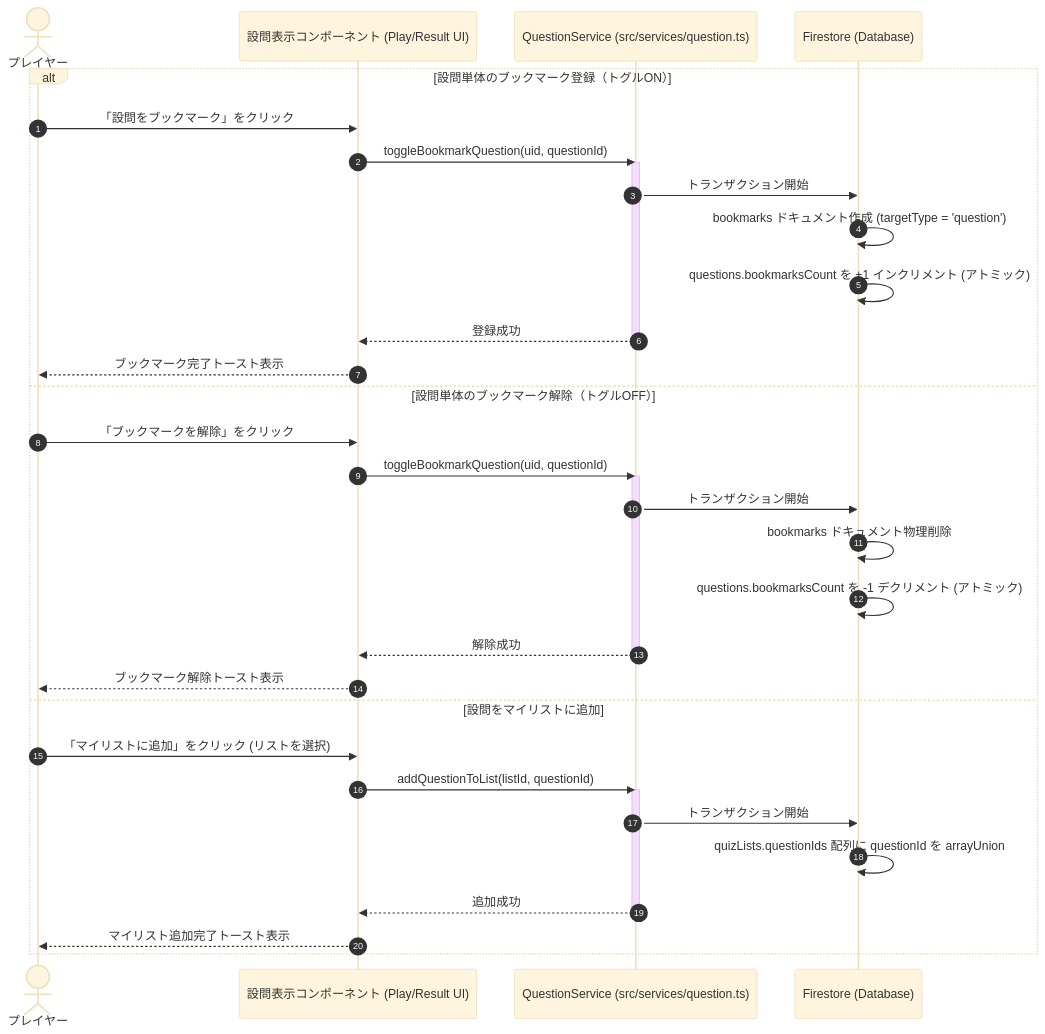
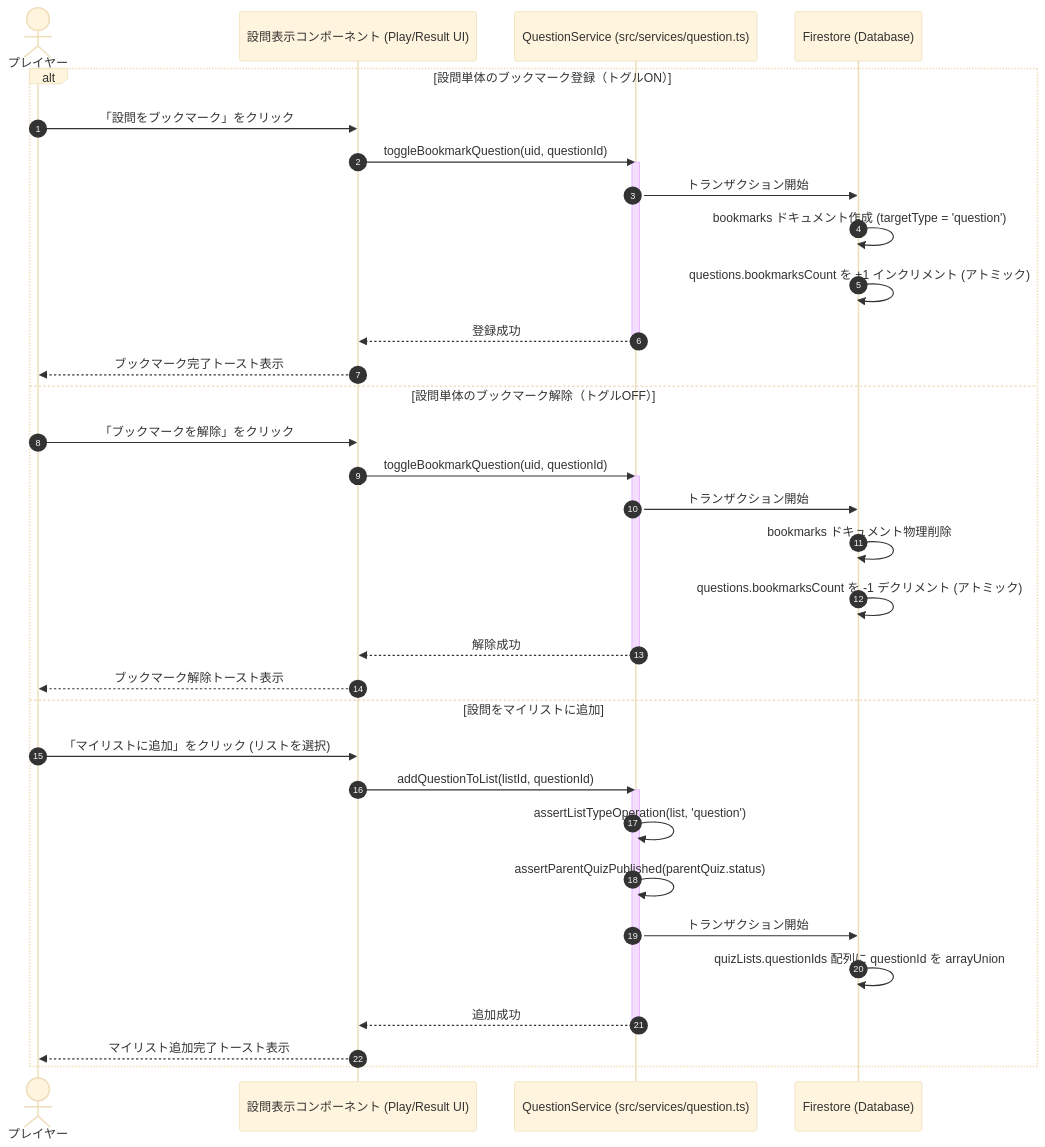
One commit to npressoworks/quizetika changed the ninth of 10 diagrams in docs/detailed_design.md. Above: the diagram before and after it, drawn with Mermaid (base theme). The commit also changed other lines of this file and 92 other files, not shown here.

First line of the commit message:
feat(phase8): implement list types, bookmarks tabs, and question-list play

````diff
--- a/docs/detailed_design.md
+++ b/docs/detailed_design.md
@@ -707,41 +707,43 @@
 ```mermaid
 sequenceDiagram
     autonumber
     actor Player as プレイヤー
     participant QP as 設問表示コンポーネント (Play/Result UI)
     participant QService as QuestionService (src/services/question.ts)
     participant DB as Firestore (Database)
 
     alt 設問単体のブックマーク登録（トグルON）
         Player->>QP: 「設問をブックマーク」をクリック
         QP->>QService: toggleBookmarkQuestion(uid, questionId)
         activate QService
         QService->>DB: トランザクション開始
         DB->>DB: bookmarks ドキュメント作成 (targetType = 'question')
         DB->>DB: questions.bookmarksCount を +1 インクリメント (アトミック)
         QService-->>QP: 登録成功
         deactivate QService
         QP-->>Player: ブックマーク完了トースト表示
 
     else 設問単体のブックマーク解除（トグルOFF）
         Player->>QP: 「ブックマークを解除」をクリック
         QP->>QService: toggleBookmarkQuestion(uid, questionId)
         activate QService
         QService->>DB: トランザクション開始
         DB->>DB: bookmarks ドキュメント物理削除
         DB->>DB: questions.bookmarksCount を -1 デクリメント (アトミック)
         QService-->>QP: 解除成功
         deactivate QService
         QP-->>Player: ブックマーク解除トースト表示
 
     else 設問をマイリストに追加
         Player->>QP: 「マイリストに追加」をクリック (リストを選択)
         QP->>QService: addQuestionToList(listId, questionId)
         activate QService
+        QService->>QService: assertListTypeOperation(list, 'question')
+        QService->>QService: assertParentQuizPublished(parentQuiz.status)
         QService->>DB: トランザクション開始
         DB->>DB: quizLists.questionIds 配列に questionId を arrayUnion
         QService-->>QP: 追加成功
         deactivate QService
         QP-->>Player: マイリスト追加完了トースト表示
     end
 ```
````
